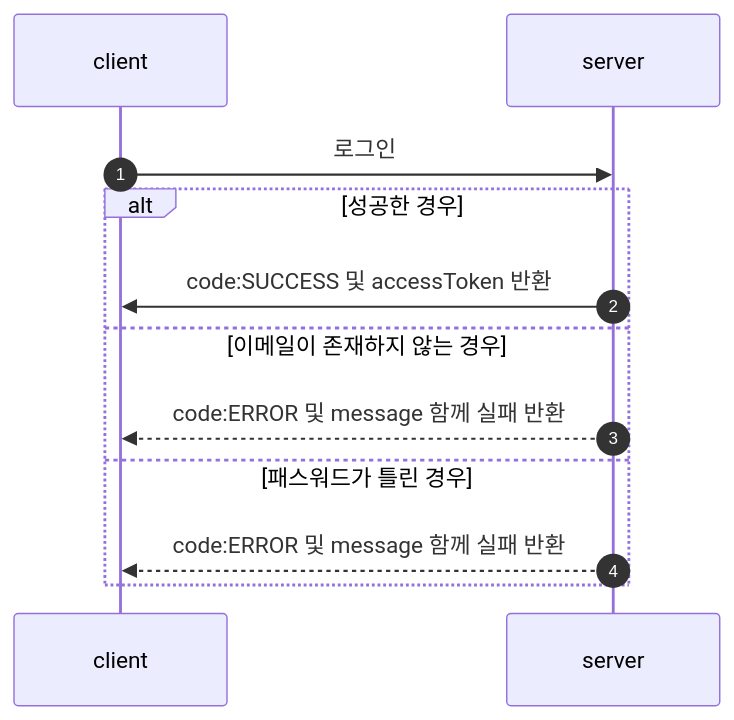
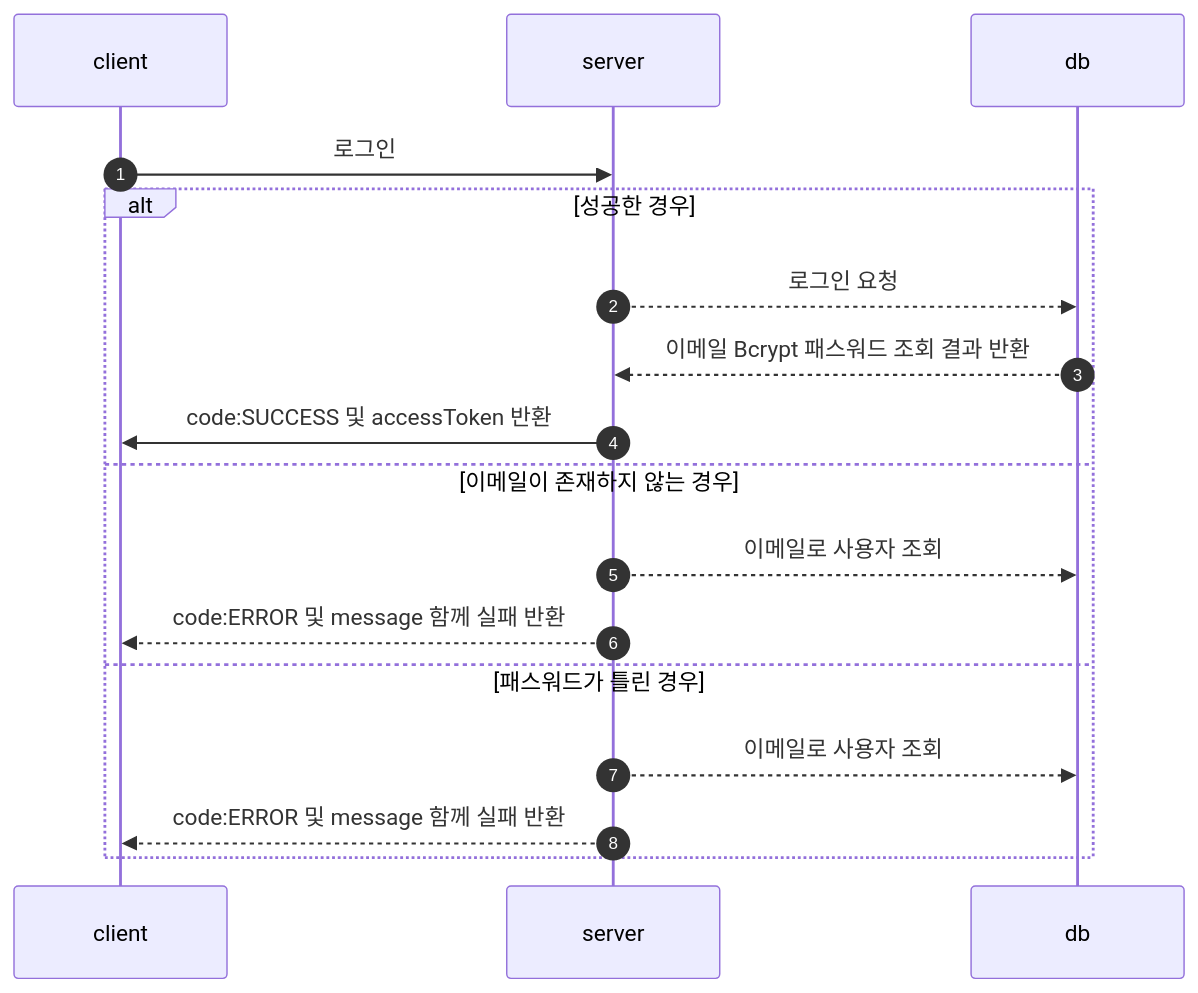
The second of 9 diagrams in README.md (haaeee/e-voting), drawn with Mermaid before and after one commit. The commit also changed other lines of this file, not shown here.

````diff
--- a/README.md
+++ b/README.md
@@ -136,12 +159,16 @@
 ```mermaid
   sequenceDiagram
     autonumber
     client ->> server: 로그인
-    alt 성공한 경우 
+    alt 성공한 경우
+    server -->> db : 로그인 요청
+    db -->> server : 이메일 Bcrypt 패스워드 조회 결과 반환 
     server ->> client: code:SUCCESS 및 accessToken 반환
-    else 이메일이 존재하지 않는 경우 
+    else 이메일이 존재하지 않는 경우
+    server -->> db : 이메일로 사용자 조회 
     server -->> client: code:ERROR 및 message 함께 실패 반환
     else 패스워드가 틀린 경우
+    server -->> db : 이메일로 사용자 조회
     server -->> client: code:ERROR 및 message 함께 실패 반환
     end
 ```
````
